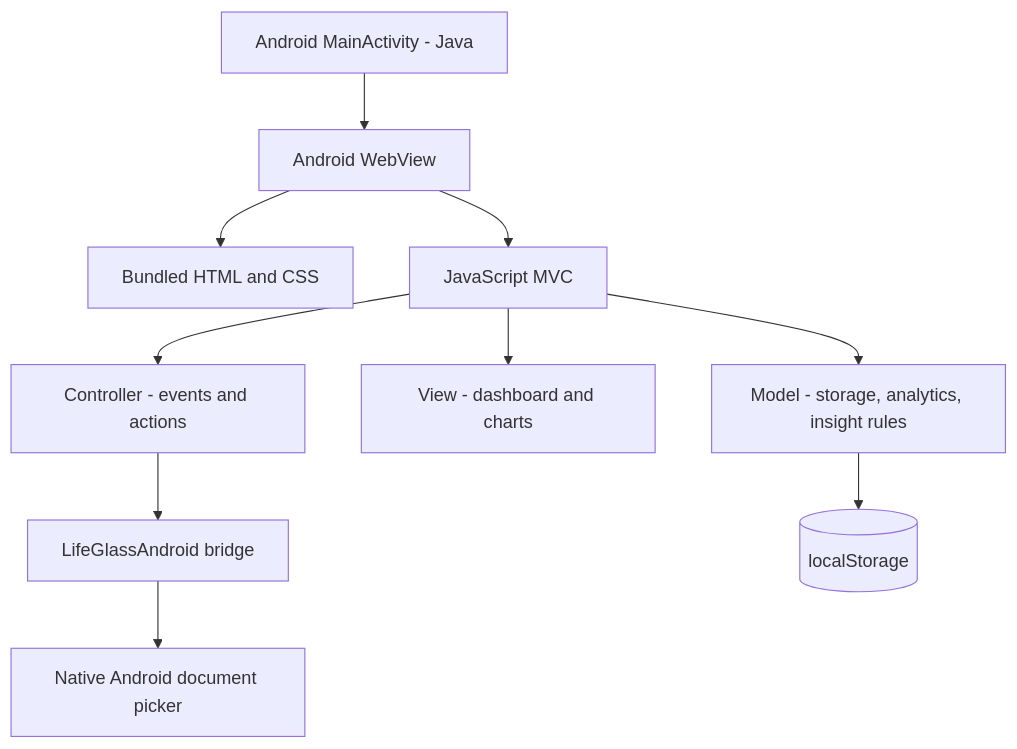
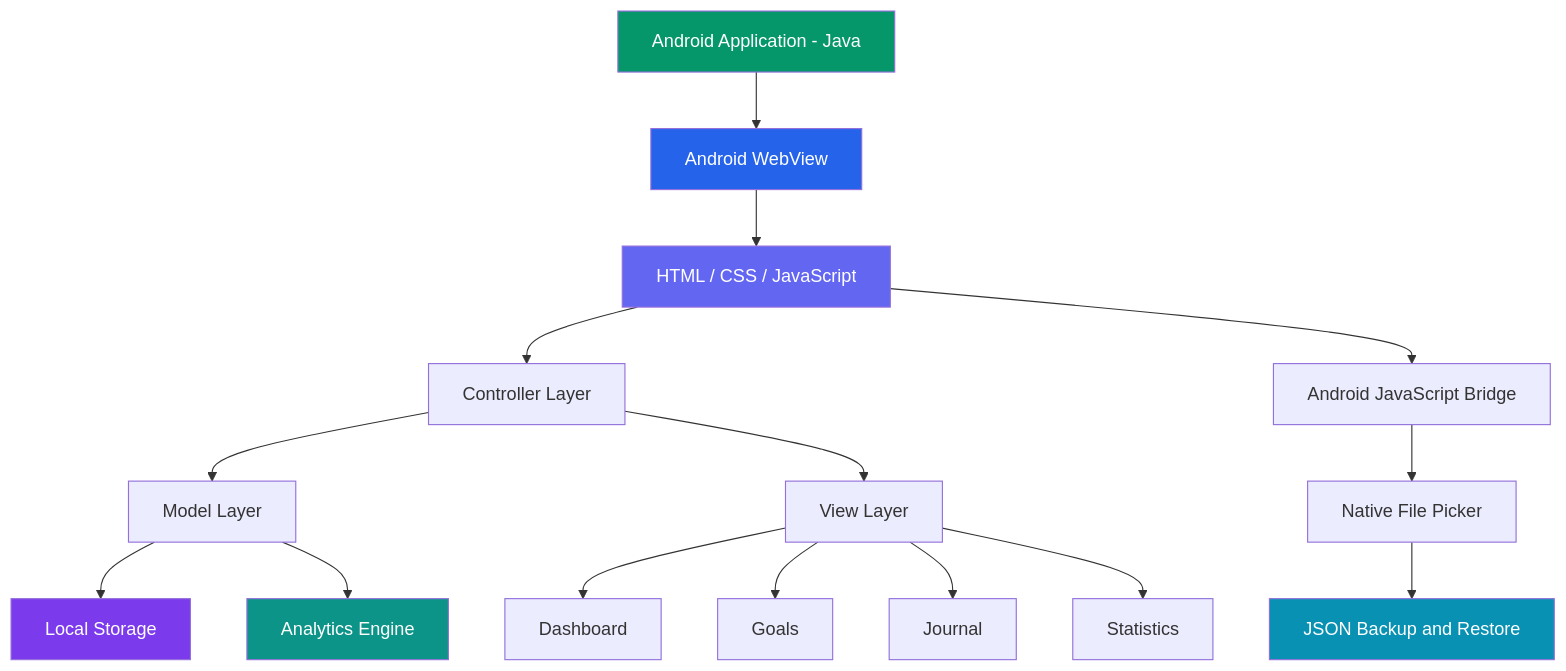
Before and after one commit to arafat-rahman-lisan/Life_Mirror: the third of 4 diagrams in README.md, drawn with Mermaid. The commit also changed other lines of this file, not shown here.

First line of the commit message:
Revise README for LifeGlass branding and features

````diff
--- a/README.md
+++ b/README.md
@@ -72,12 +214,28 @@
 ```mermaid
 flowchart TD
-    A[Android MainActivity - Java] --> B[Android WebView]
-    B --> C[Bundled HTML and CSS]
-    B --> D[JavaScript MVC]
-    D --> M[Model - storage, analytics, insight rules]
-    D --> V[View - dashboard and charts]
-    D --> K[Controller - events and actions]
-    K --> N[LifeGlassAndroid bridge]
-    N --> P[Native Android document picker]
-    M --> S[(localStorage)]
+    A[Android Application - Java] --> B[Android WebView]
+    B --> C[HTML / CSS / JavaScript]
+
+    C --> D[Controller Layer]
+    D --> E[Model Layer]
+    D --> F[View Layer]
+
+    E --> G[Local Storage]
+    E --> H[Analytics Engine]
+
+    F --> I[Dashboard]
+    F --> J[Goals]
+    F --> K[Journal]
+    F --> L[Statistics]
+
+    C --> M[Android JavaScript Bridge]
+    M --> N[Native File Picker]
+    N --> O[JSON Backup and Restore]
+
+    style A fill:#059669,color:#fff
+    style B fill:#2563eb,color:#fff
+    style C fill:#6366f1,color:#fff
+    style H fill:#0d9488,color:#fff
+    style G fill:#7c3aed,color:#fff
+    style O fill:#0891b2,color:#fff
 ```
````
